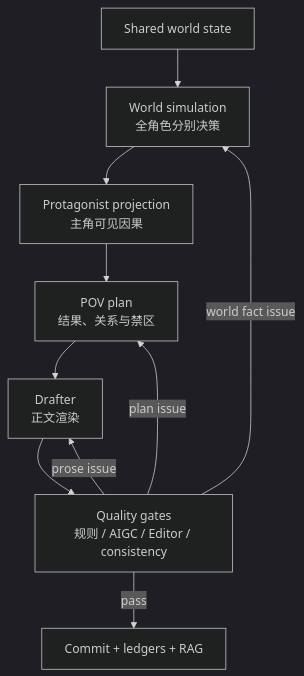
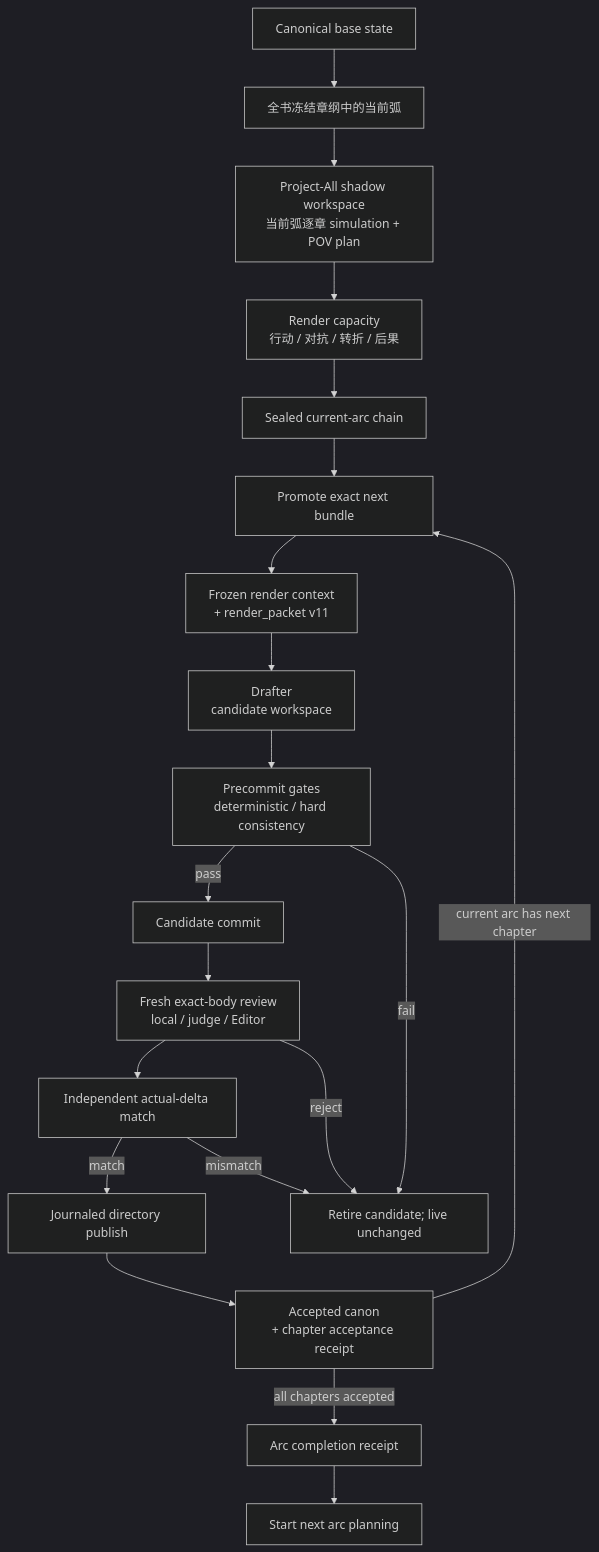
The second of 2 diagrams in README.md (Xiaoyangy/novel-studio), drawn with Mermaid (dark theme) before and after one commit. The commit also changed other lines of this file and 172 other files, not shown here.

Commit message:
feat: plan and render novels one arc at a time

````diff
--- a/README.md
+++ b/README.md
@@ -144,12 +255,22 @@
 ```mermaid
 flowchart TD
-    S["Shared world state"] --> WS["World simulation<br/>全角色分别决策"]
-    WS --> PP["Protagonist projection<br/>主角可见因果"]
-    PP --> PL["POV plan<br/>结果、关系与禁区"]
-    PL --> DR["Drafter<br/>正文渲染"]
-    DR --> QA["Quality gates<br/>规则 / AIGC / Editor / consistency"]
-    QA -->|pass| CM["Commit + ledgers + RAG"]
-    QA -->|prose issue| DR
-    QA -->|plan issue| PL
-    QA -->|world fact issue| WS
+    S["Canonical base state"] --> BP["全书冻结章纲中的当前弧"]
+    BP --> PA["Project-All shadow workspace<br/>当前弧逐章 simulation + POV plan"]
+    PA --> RC["Render capacity<br/>行动 / 对抗 / 转折 / 后果"]
+    RC --> SC["Sealed current-arc chain"]
+    SC --> PR["Promote exact next bundle"]
+    PR --> RP["Frozen render context<br/>+ render_packet v11"]
+    RP --> DR["Drafter<br/>candidate workspace"]
+    DR --> PQ["Precommit gates<br/>deterministic / hard consistency"]
+    PQ -->|pass| CM["Candidate commit"]
+    CM --> QA["Fresh exact-body review<br/>local / judge / Editor"]
+    QA --> AM["Independent actual-delta match"]
+    AM -->|match| TX["Journaled directory publish"]
+    TX --> AC["Accepted canon<br/>+ chapter acceptance receipt"]
+    AC -->|current arc has next chapter| PR
+    AC -->|all chapters accepted| ARC["Arc completion receipt"]
+    ARC --> NEXT["Start next arc planning"]
+    PQ -->|fail| RJ["Retire candidate; live unchanged"]
+    QA -->|reject| RJ
+    AM -->|mismatch| RJ
 ```
````
